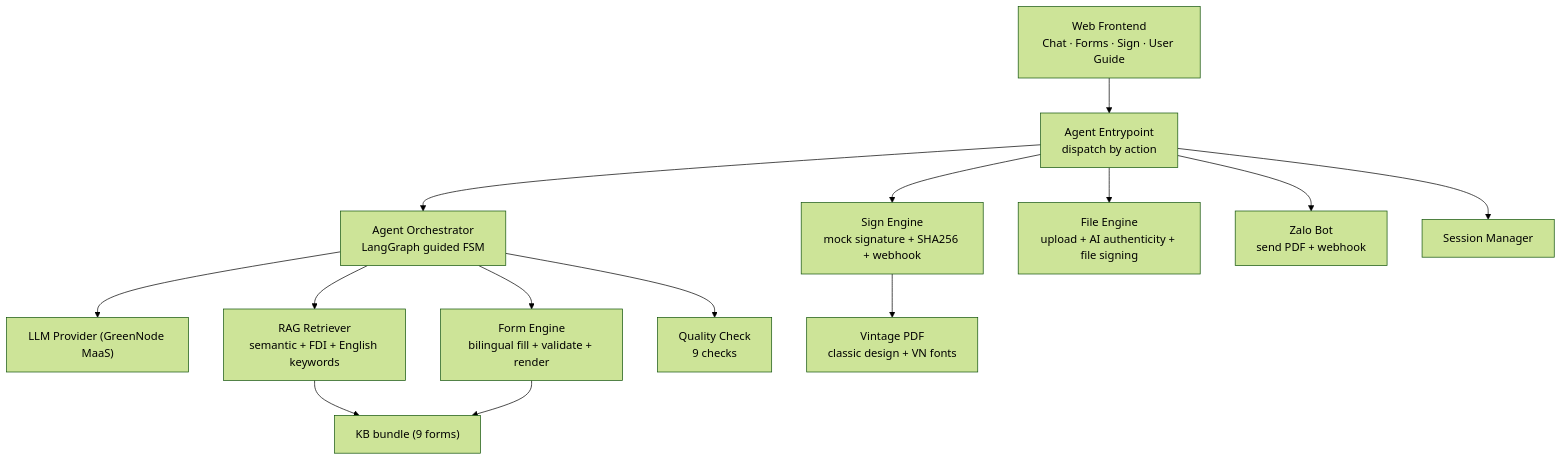
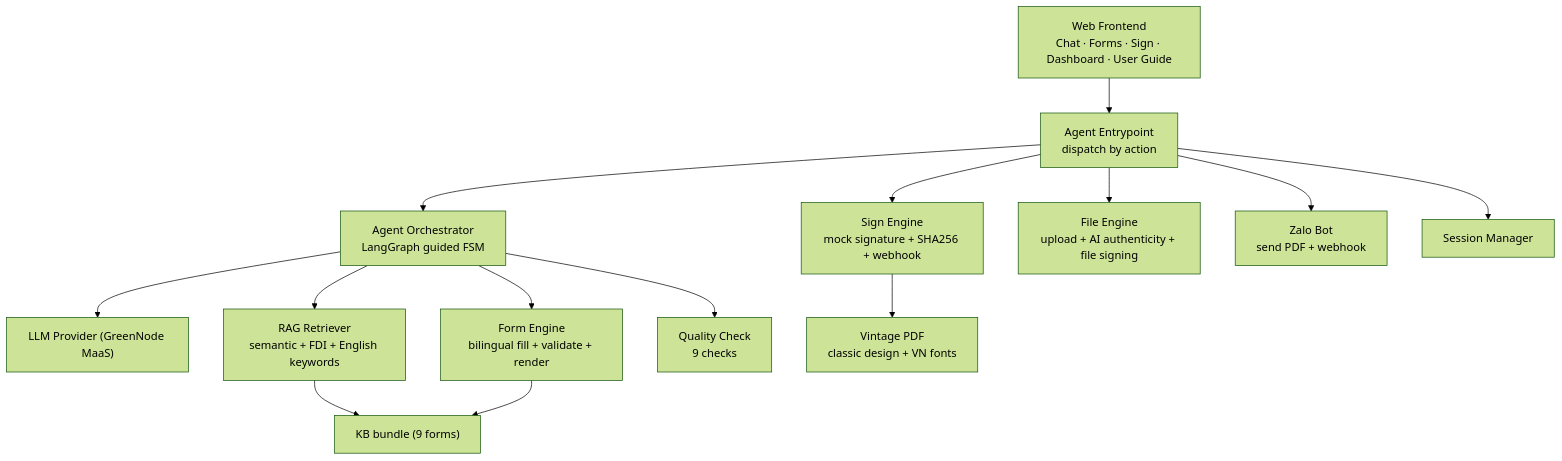
One commit to trungnguyen950/AILaSP_hackathonMSB changed the second of 4 diagrams in docs/02-architecture.md. Above: the diagram before and after it, drawn with Mermaid (forest theme). The commit also changed other lines of this file and 5 other files, not shown here.

Commit message:
docs: update all docs + user guide for /dashboards (5 routes, FR-19, wireframe, BA analytics, guide page)

````diff
--- a/docs/02-architecture.md
+++ b/docs/02-architecture.md
@@ -53,27 +53,27 @@
 ```mermaid
 graph TB
-  FE["Web Frontend<br/>Chat · Forms · Sign · User Guide"]
+  FE["Web Frontend<br/>Chat · Forms · Sign · Dashboard · User Guide"]
   APP["Agent Entrypoint<br/>dispatch by action"]
   AG["Agent Orchestrator<br/>LangGraph guided FSM"]
   RAG["RAG Retriever<br/>semantic + FDI + English keywords"]
   QC["Quality Check<br/>9 checks"]
   FORM["Form Engine<br/>bilingual fill + validate + render"]
   SIGN["Sign Engine<br/>mock signature + SHA256 + webhook"]
   FILE["File Engine<br/>upload + AI authenticity + file signing"]
   VINT["Vintage PDF<br/>classic design + VN fonts"]
   ZALO["Zalo Bot<br/>send PDF + webhook"]
   KB["KB bundle (9 forms)"]
   SES["Session Manager"]
   LLM["LLM Provider (GreenNode MaaS)"]
 
   FE --> APP
   APP --> AG
   AG --> LLM
   AG --> RAG --> KB
   AG --> FORM --> KB
   AG --> QC
   APP --> SIGN --> VINT
   APP --> FILE
   APP --> ZALO
   APP --> SES
 ```
````
